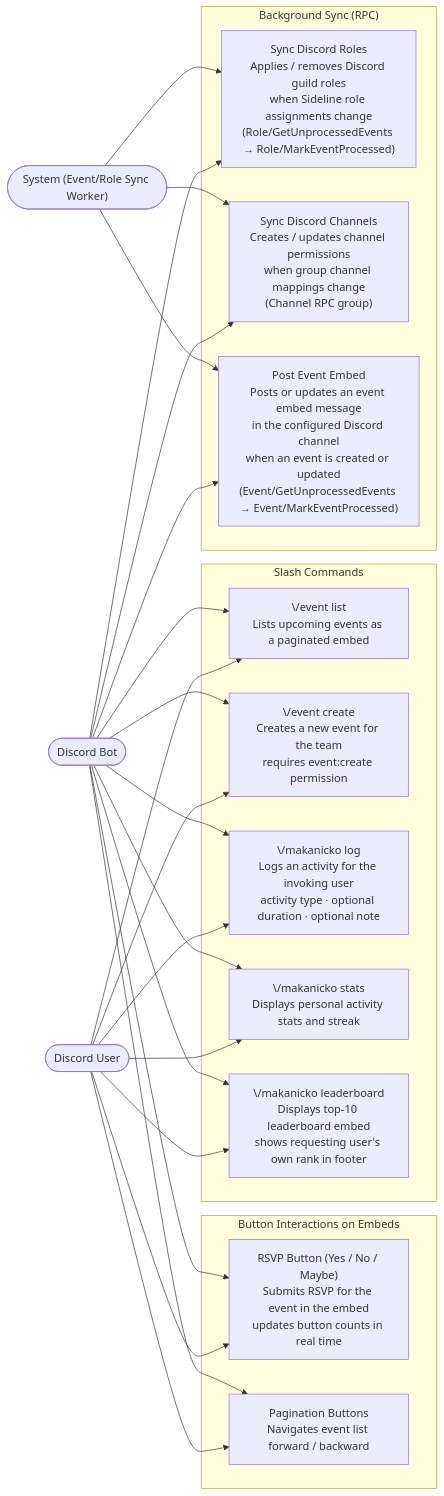
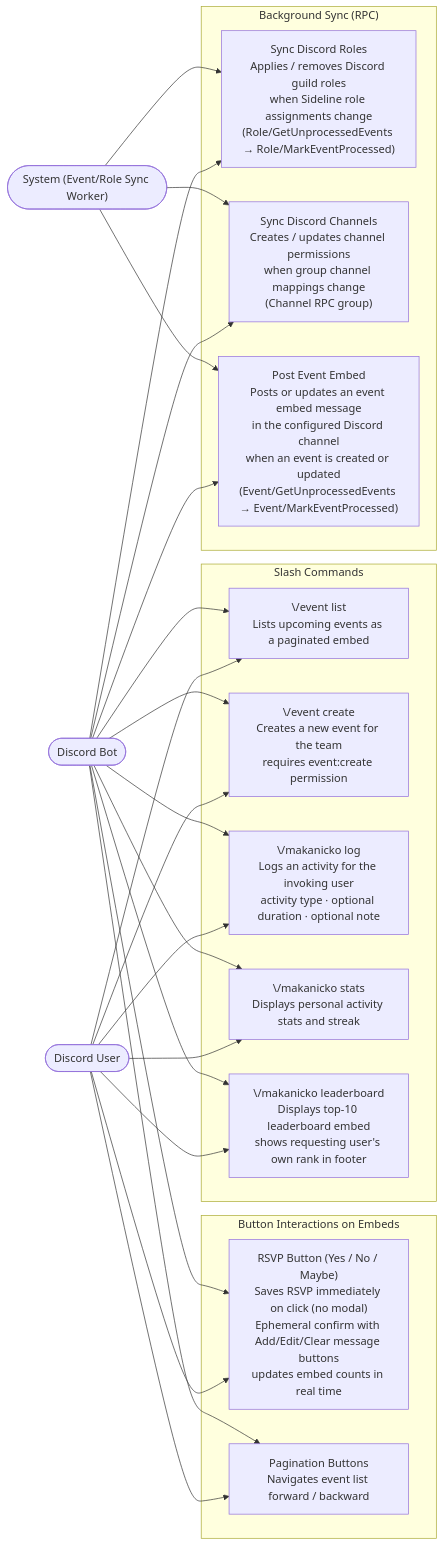
Before and after one commit to maxa-ondrej/sideline: the ninth of 9 diagrams in docs/thesis/use-cases.md, drawn with Mermaid. The commit also changed other lines of this file and 13 other files, not shown here.

First line of the commit message:
feat: save RSVP immediately on button click with optional message buttons (#182)

````diff
--- a/docs/thesis/use-cases.md
+++ b/docs/thesis/use-cases.md
@@ -445,48 +445,48 @@
 ```mermaid
 flowchart LR
     DU(["Discord User"])
     BOT(["Discord Bot"])
     SYS(["System (Event/Role Sync Worker)"])
 
     subgraph SLASH["Slash Commands"]
         UC_EVT_LIST["\/event list\nLists upcoming events as a paginated embed"]
         UC_EVT_CREATE["\/event create\nCreates a new event for the team\nrequires event:create permission"]
         UC_MAK_LOG["\/makanicko log\nLogs an activity for the invoking user\nactivity type · optional duration · optional note"]
         UC_MAK_STATS["\/makanicko stats\nDisplays personal activity stats and streak"]
         UC_MAK_LB["\/makanicko leaderboard\nDisplays top-10 leaderboard embed\nshows requesting user's own rank in footer"]
     end
 
     subgraph BUTTONS["Button Interactions on Embeds"]
-        UC_BTN_RSVP["RSVP Button (Yes / No / Maybe)\nSubmits RSVP for the event in the embed\nupdates button counts in real time"]
+        UC_BTN_RSVP["RSVP Button (Yes / No / Maybe)\nSaves RSVP immediately on click (no modal)\nEphemeral confirm with Add/Edit/Clear message buttons\nupdates embed counts in real time"]
         UC_BTN_PAGE["Pagination Buttons\nNavigates event list forward / backward"]
     end
 
     subgraph SYNC["Background Sync (RPC)"]
         UC_SYNC_ROLES["Sync Discord Roles\nApplies / removes Discord guild roles\nwhen Sideline role assignments change\n(Role/GetUnprocessedEvents → Role/MarkEventProcessed)"]
         UC_SYNC_CHANNELS["Sync Discord Channels\nCreates / updates channel permissions\nwhen group channel mappings change\n(Channel RPC group)"]
         UC_POST_EMBED["Post Event Embed\nPosts or updates an event embed message\nin the configured Discord channel\nwhen an event is created or updated\n(Event/GetUnprocessedEvents → Event/MarkEventProcessed)"]
     end
 
     DU --> UC_EVT_LIST
     DU --> UC_EVT_CREATE
     DU --> UC_MAK_LOG
     DU --> UC_MAK_STATS
     DU --> UC_MAK_LB
     DU --> UC_BTN_RSVP
     DU --> UC_BTN_PAGE
 
     BOT --> UC_EVT_LIST
     BOT --> UC_EVT_CREATE
     BOT --> UC_MAK_LOG
     BOT --> UC_MAK_STATS
     BOT --> UC_MAK_LB
     BOT --> UC_BTN_RSVP
     BOT --> UC_BTN_PAGE
     BOT --> UC_SYNC_ROLES
     BOT --> UC_SYNC_CHANNELS
     BOT --> UC_POST_EMBED
 
     SYS --> UC_SYNC_ROLES
     SYS --> UC_SYNC_CHANNELS
     SYS --> UC_POST_EMBED
 ```
````
